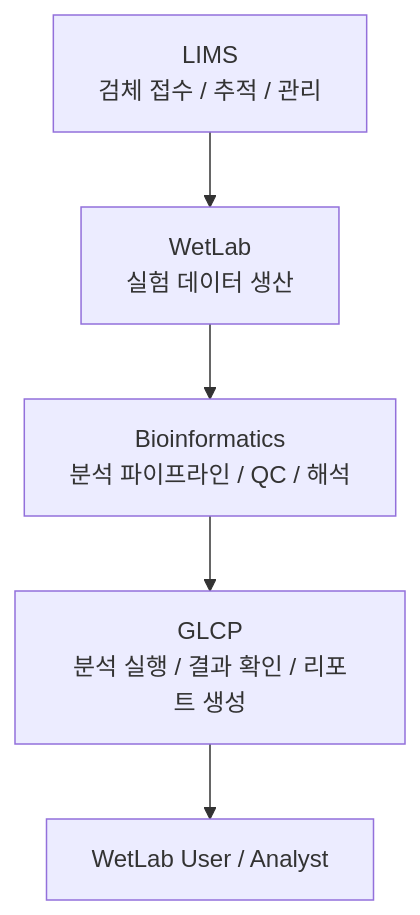
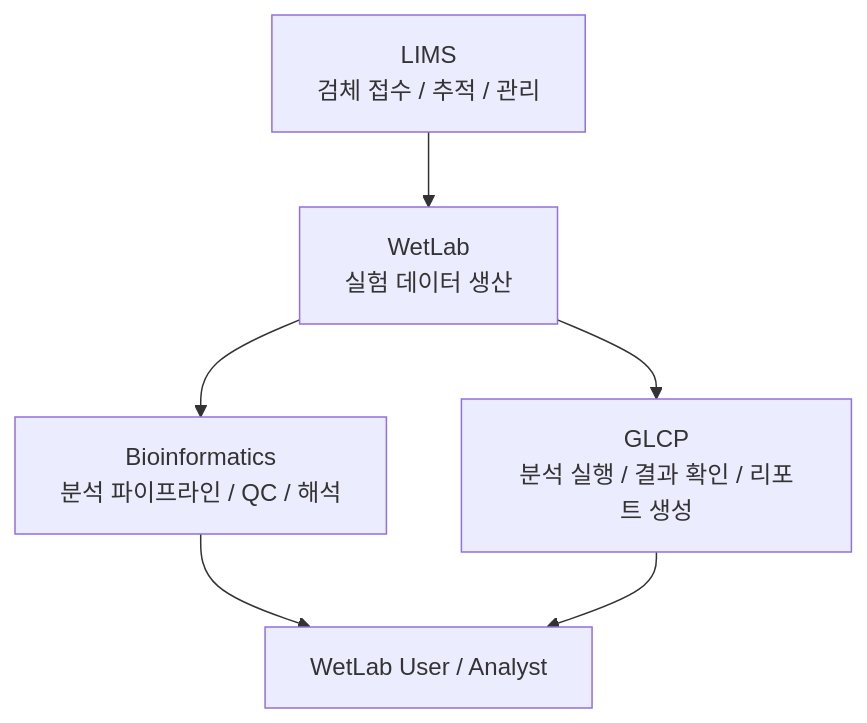
One commit to bi-platform/.github changed the diagram in profile/README.md. Above: the diagram before and after it, drawn with Mermaid.

````diff
--- a/profile/README.md
+++ b/profile/README.md
@@ -12,13 +12,14 @@
 ```mermaid
 flowchart TD
     A[LIMS<br/>검체 접수 / 추적 / 관리]
     B[WetLab<br/>실험 데이터 생산]
     C[Bioinformatics<br/>분석 파이프라인 / QC / 해석]
     D[GLCP<br/>분석 실행 / 결과 확인 / 리포트 생성]
     E[WetLab User / Analyst]
 
     A --> B
     B --> C
-    C --> D
+    B --> D
+    C --> E
     D --> E
 ```
````
